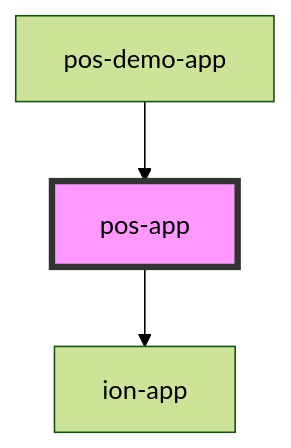
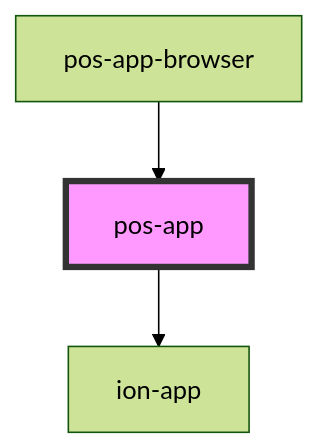
The diagram in docs/elements/components/pos-app/readme.md (pod-os/PodOS), drawn with Mermaid (forest theme) before and after one commit. The commit also changed other lines of this file and 6 other files, not shown here.

Commit message:
replace demo app by pos-app-browser

````diff
--- a/docs/elements/components/pos-app/readme.md
+++ b/docs/elements/components/pos-app/readme.md
@@ -19,6 +19,6 @@
 ```mermaid
 graph TD;
   pos-app --> ion-app
-  pos-demo-app --> pos-app
+  pos-app-browser --> pos-app
   style pos-app fill:#f9f,stroke:#333,stroke-width:4px
 ```
````
